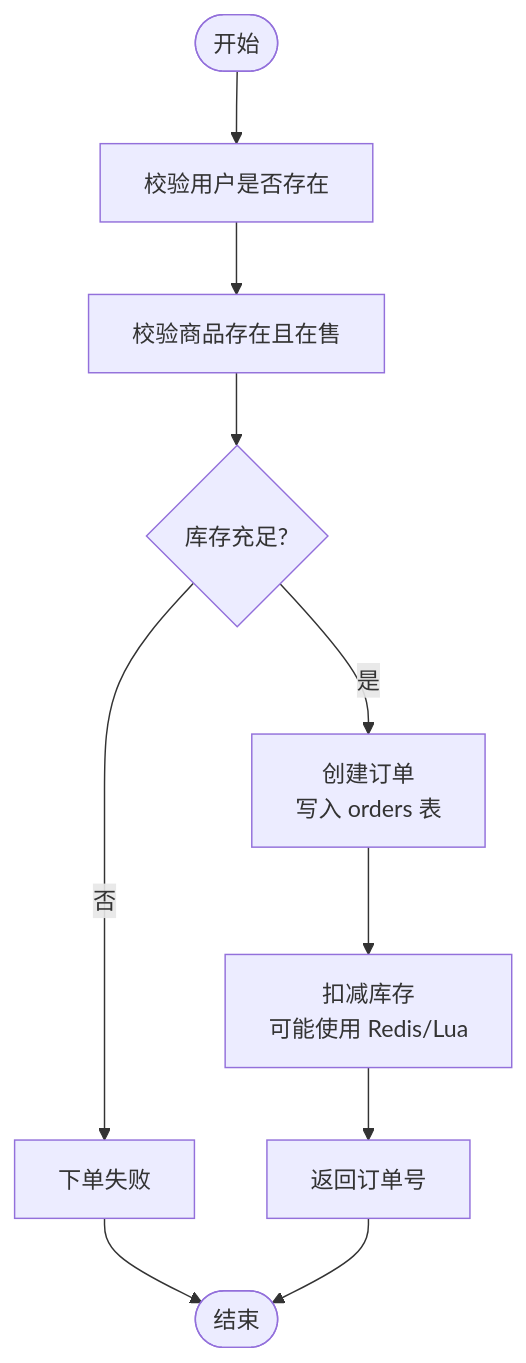
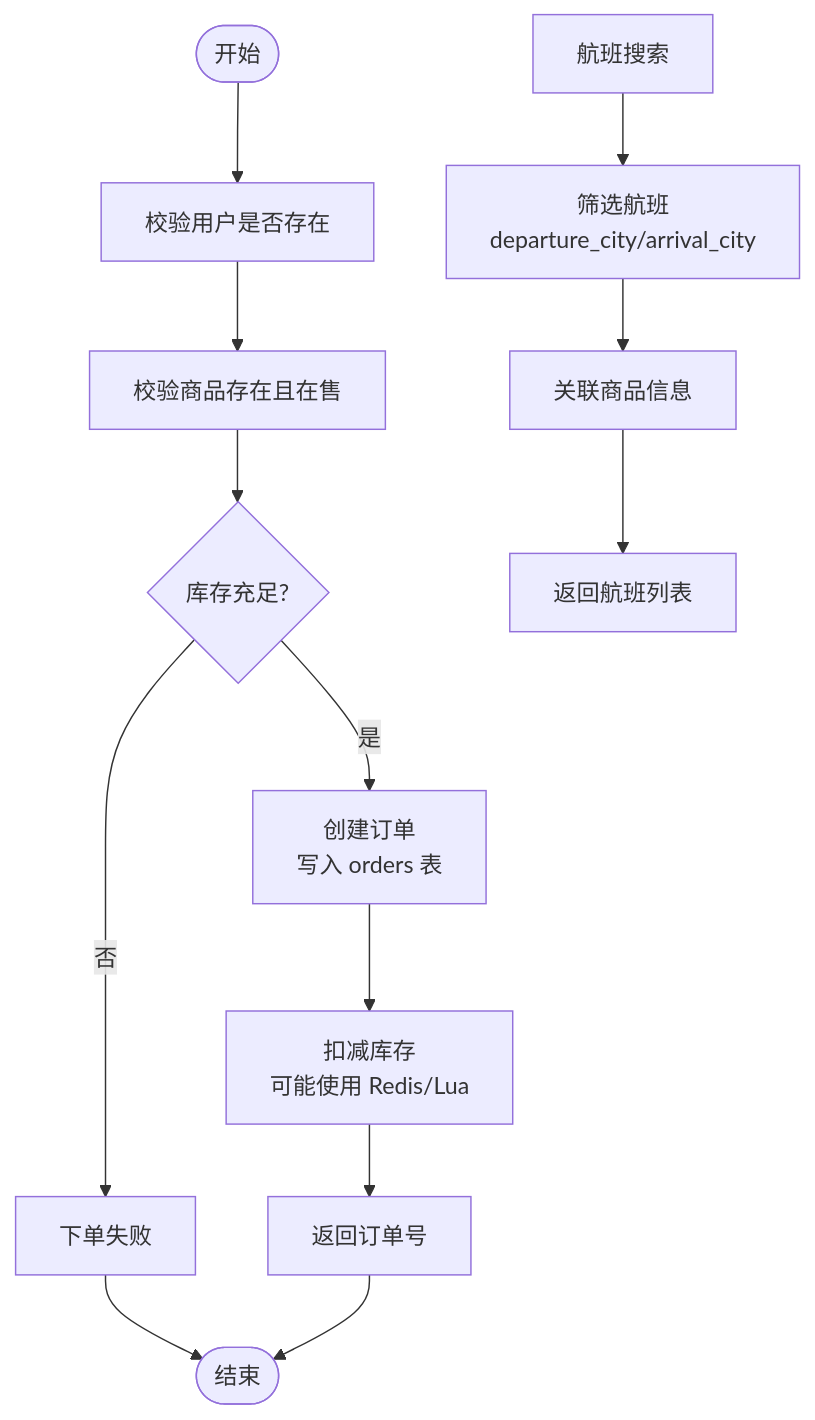
Before and after one commit to haohailiang/qoder-fullstack: the seventh of 9 diagrams in .qoder/repowiki/zh/content/数据库设计.md, drawn with Mermaid. The commit also changed other lines of this file and 45 other files, not shown here.

````diff
--- a/.qoder/repowiki/zh/content/数据库设计.md
+++ b/.qoder/repowiki/zh/content/数据库设计.md
@@ -349,12 +373,15 @@
 ```mermaid
 flowchart TD
 Start(["开始"]) --> CheckUser["校验用户是否存在"]
 CheckUser --> CheckProduct["校验商品存在且在售"]
 CheckProduct --> StockCheck{"库存充足?"}
 StockCheck --> |否| Fail["下单失败"]
 StockCheck --> |是| CreateOrder["创建订单<br/>写入 orders 表"]
 CreateOrder --> DeductStock["扣减库存<br/>可能使用 Redis/Lua"]
 DeductStock --> Success["返回订单号"]
 Fail --> End(["结束"])
 Success --> End
+FlightSearch["航班搜索"] --> FilterFlights["筛选航班<br/>departure_city/arrival_city"]
+FilterFlights --> JoinProducts["关联商品信息"]
+JoinProducts --> ReturnFlights["返回航班列表"]
 ```
````
